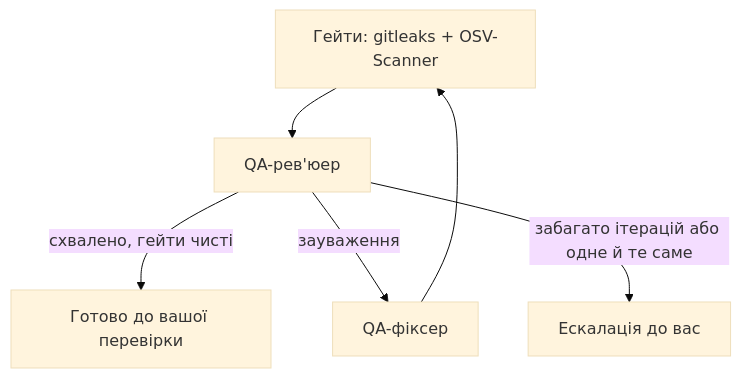
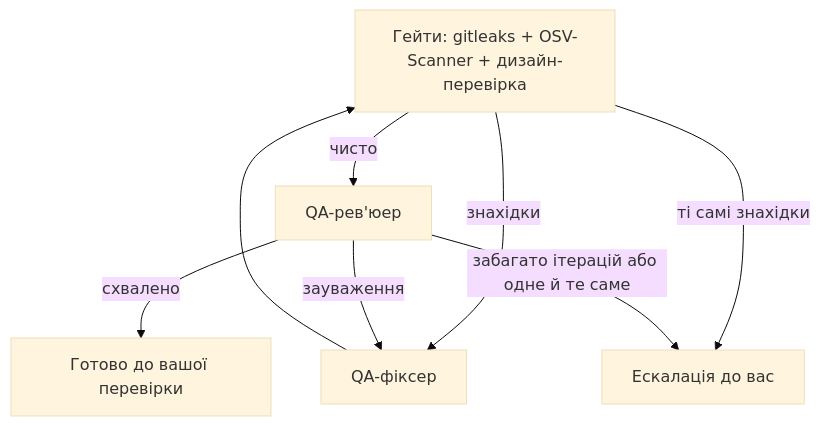
One commit to KolyaSotnichenko/vibe-teamlead changed the diagram in apps/desktop/src/renderer/docs/uk/03-pipeline.md. Above: the diagram before and after it, drawn with Mermaid (base theme). The commit also changed other lines of this file and 13 other files, not shown here.

````diff
--- a/apps/desktop/src/renderer/docs/uk/03-pipeline.md
+++ b/apps/desktop/src/renderer/docs/uk/03-pipeline.md
@@ -28,8 +28,10 @@
 ```mermaid
 flowchart TD
-  G["Гейти: gitleaks + OSV-Scanner"] --> R["QA-рев'юер"]
-  R -->|"схвалено, гейти чисті"| OK["Готово до вашої перевірки"]
+  G["Гейти: gitleaks + OSV-Scanner + дизайн-перевірка"] -->|"чисто"| R["QA-рев'юер"]
+  G -->|"знахідки"| F
+  G -->|"ті самі знахідки"| ESC
+  R -->|"схвалено"| OK["Готово до вашої перевірки"]
   R -->|"зауваження"| F["QA-фіксер"]
   F --> G
   R -->|"забагато ітерацій або одне й те саме"| ESC["Ескалація до вас"]
 ```
````
